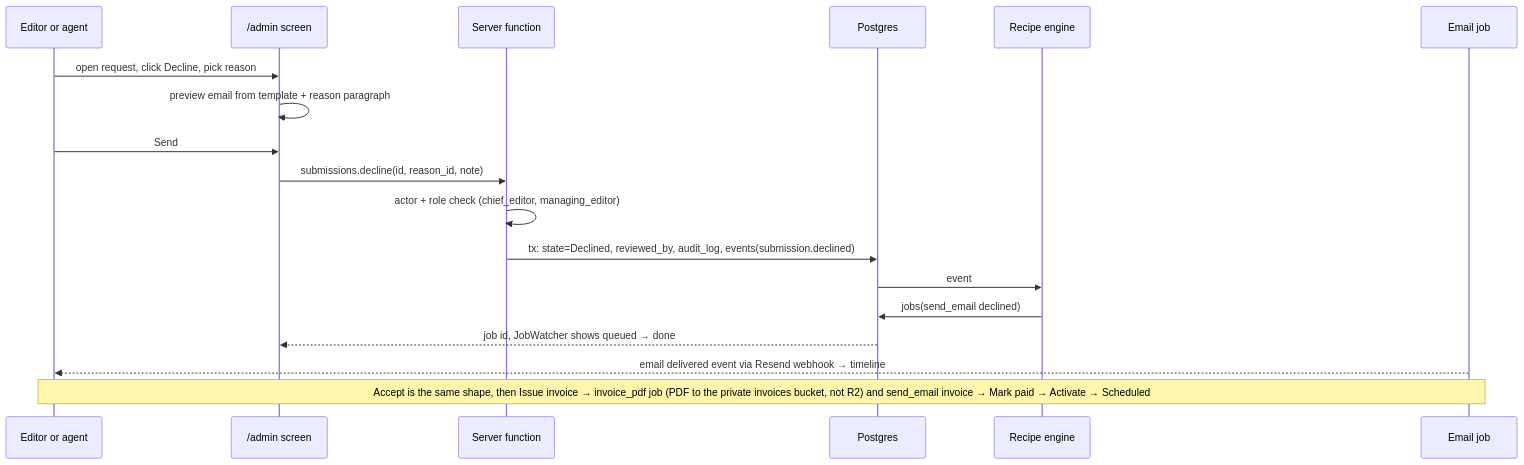
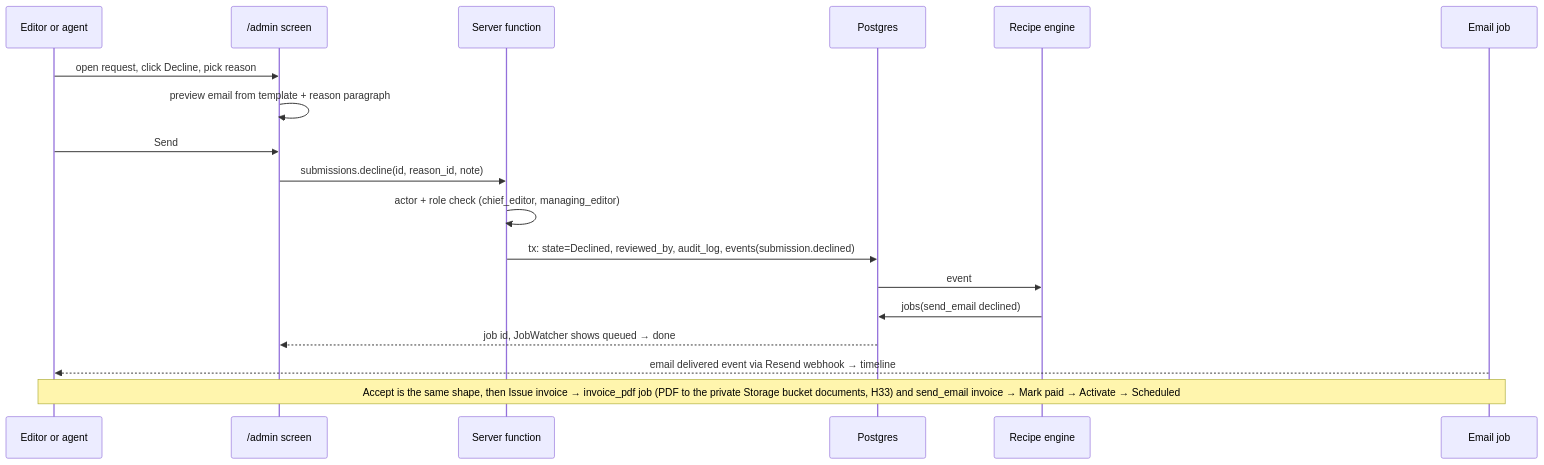
The second of 3 diagrams in workspace/03-diagrams/admin-screens.md (AbdulrahmanAmer/matter-of-place), drawn with Mermaid before and after one commit. The commit also changed other lines of this file and 84 other files, not shown here.

````diff
--- a/workspace/03-diagrams/admin-screens.md
+++ b/workspace/03-diagrams/admin-screens.md
@@ -55,21 +55,21 @@
 ```mermaid
 sequenceDiagram
   participant E as Editor or agent
   participant U as /admin screen
   participant F as Server function
   participant D as Postgres
   participant R as Recipe engine
   participant M as Email job
 
   E->>U: open request, click Decline, pick reason
   U->>U: preview email from template + reason paragraph
   E->>U: Send
   U->>F: submissions.decline(id, reason_id, note)
   F->>F: actor + role check (chief_editor, managing_editor)
   F->>D: tx: state=Declined, reviewed_by, audit_log, events(submission.declined)
   D->>R: event
   R->>D: jobs(send_email declined)
   D-->>U: job id, JobWatcher shows queued → done
   M-->>E: email delivered event via Resend webhook → timeline
-  Note over E,M: Accept is the same shape, then Issue invoice → invoice_pdf job (PDF to the private invoices bucket, not R2) and send_email invoice → Mark paid → Activate → Scheduled
+  Note over E,M: Accept is the same shape, then Issue invoice → invoice_pdf job (PDF to the private Storage bucket documents, H33) and send_email invoice → Mark paid → Activate → Scheduled
 ```
````
